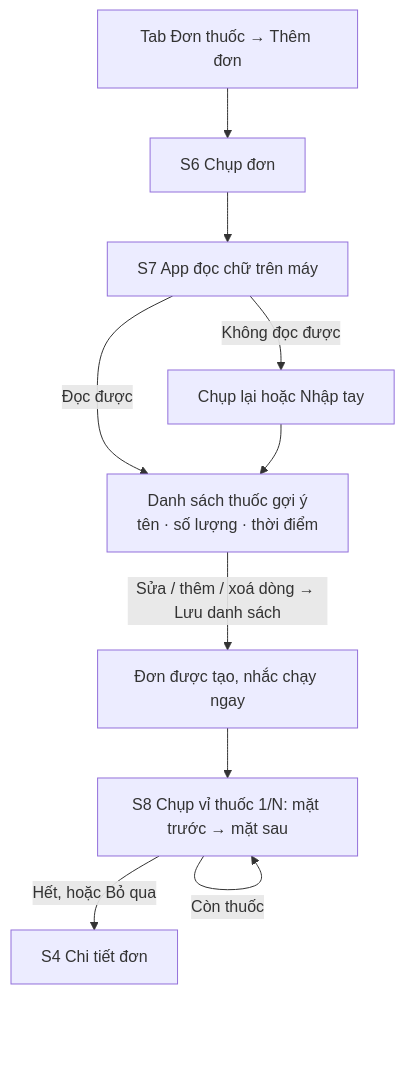
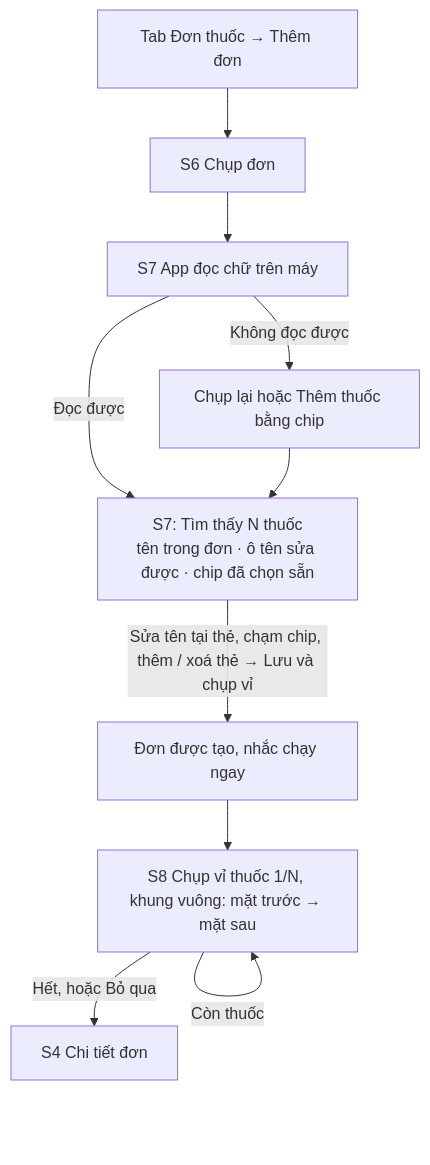
One commit to MyTran-01/nho-uong-thuoc changed the second of 2 diagrams in features/med-reminder-v1/USER_FLOW.md. Above: the diagram before and after it, drawn with Mermaid. The commit also changed other lines of this file and 6 other files, not shown here.

````diff
--- a/features/med-reminder-v1/USER_FLOW.md
+++ b/features/med-reminder-v1/USER_FLOW.md
@@ -94,12 +100,12 @@
 ```mermaid
 flowchart TD
   A["Tab Đơn thuốc → Thêm đơn"] --> B["S6 Chụp đơn"]
   B --> C["S7 App đọc chữ trên máy"]
-  C -->|Đọc được| D["Danh sách thuốc gợi ý<br/>tên · số lượng · thời điểm"]
-  C -->|Không đọc được| E["Chụp lại hoặc Nhập tay"]
+  C -->|Đọc được| D["S7: Tìm thấy N thuốc<br/>tên trong đơn · ô tên sửa được · chip đã chọn sẵn"]
+  C -->|Không đọc được| E["Chụp lại hoặc Thêm thuốc bằng chip"]
   E --> D
-  D -->|Sửa / thêm / xoá dòng → Lưu danh sách| F["Đơn được tạo, nhắc chạy ngay"]
-  F --> G["S8 Chụp vỉ thuốc 1/N: mặt trước → mặt sau"]
+  D -->|Sửa tên tại thẻ, chạm chip, thêm / xoá thẻ → Lưu và chụp vỉ| F["Đơn được tạo, nhắc chạy ngay"]
+  F --> G["S8 Chụp vỉ thuốc 1/N, khung vuông: mặt trước → mặt sau"]
   G -->|Còn thuốc| G
   G -->|Hết, hoặc Bỏ qua| H["S4 Chi tiết đơn"]
 ```
````
